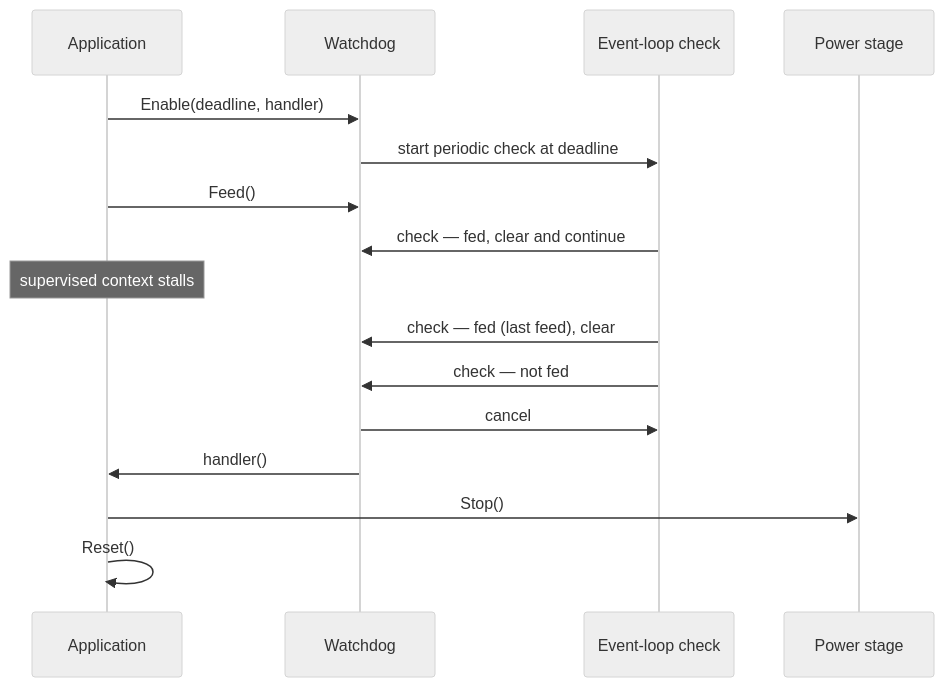
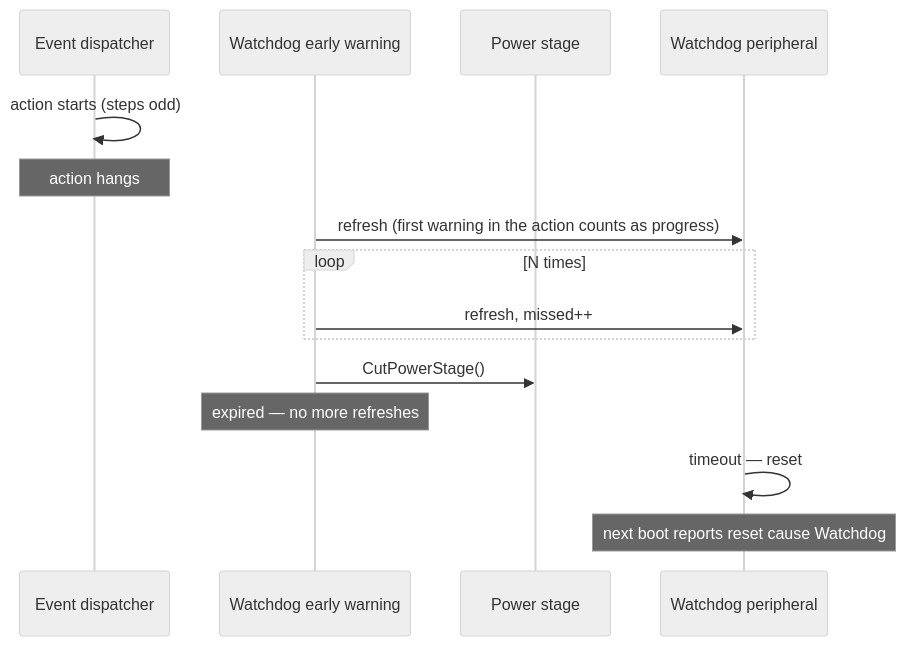
One commit to embedded-pro/e-foc changed the second of 4 diagrams in documentation/design/watchdog.md. Above: the diagram before and after it, drawn with Mermaid (neutral theme). The commit also changed other lines of this file and 65 other files, not shown here.

First line of the commit message:
feat(platform)!: supervise the event dispatcher with the MCU watchdog (#326)

````diff
--- a/documentation/design/watchdog.md
+++ b/documentation/design/watchdog.md
@@ -285,19 +196,18 @@
 ```mermaid
 sequenceDiagram
-    participant App as Application
-    participant WD as Watchdog
-    participant Timer as Event-loop check
+    participant EL as Event dispatcher
+    participant WD as Watchdog early warning
     participant Inv as Power stage
+    participant HW as Watchdog peripheral
 
-    App->>WD: Enable(deadline, handler)
-    WD->>Timer: start periodic check at deadline
-    App->>WD: Feed()
-    Timer->>WD: check — fed, clear and continue
-    Note over App: supervised context stalls
-    Timer->>WD: check — fed (last feed), clear
-    Timer->>WD: check — not fed
-    WD->>Timer: cancel
-    WD->>App: handler()
-    App->>Inv: Stop()
-    App->>App: Reset()
+    EL->>EL: action starts (steps odd)
+    Note over EL: action hangs
+    WD->>HW: refresh (first warning in the action counts as progress)
+    loop N times
+        WD->>HW: refresh, missed++
+    end
+    WD->>Inv: CutPowerStage()
+    Note over WD: expired — no more refreshes
+    HW->>HW: timeout — reset
+    Note over HW: next boot reports reset cause Watchdog
 ```
````
